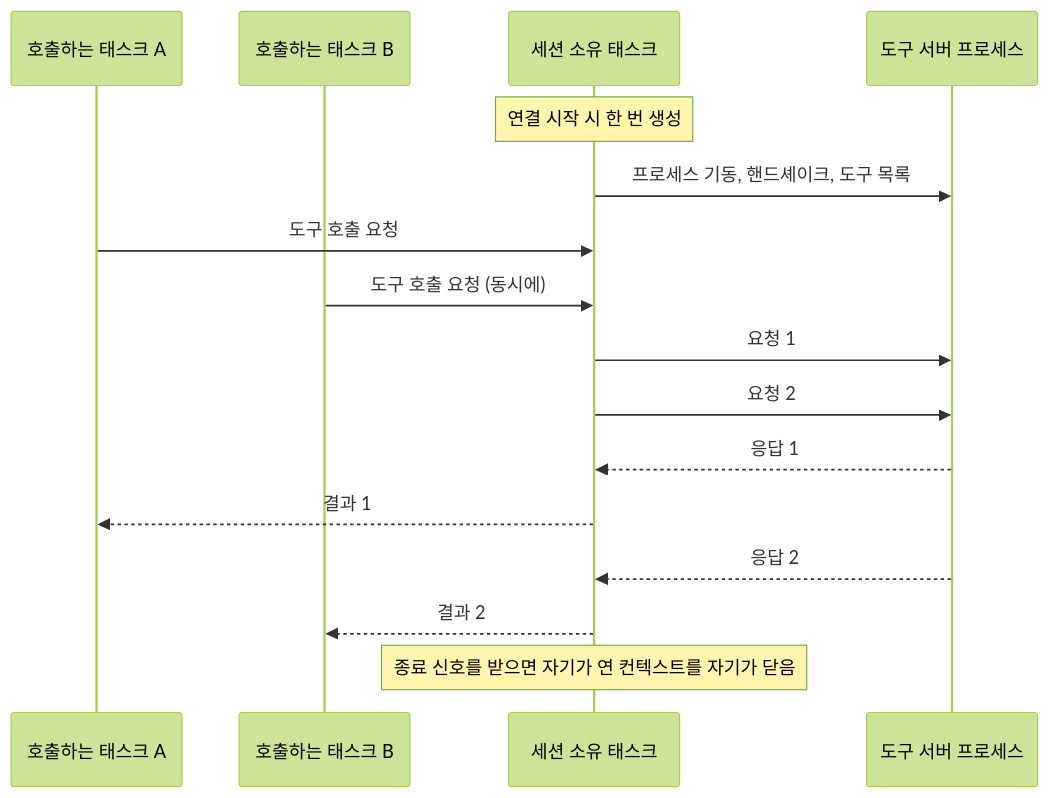
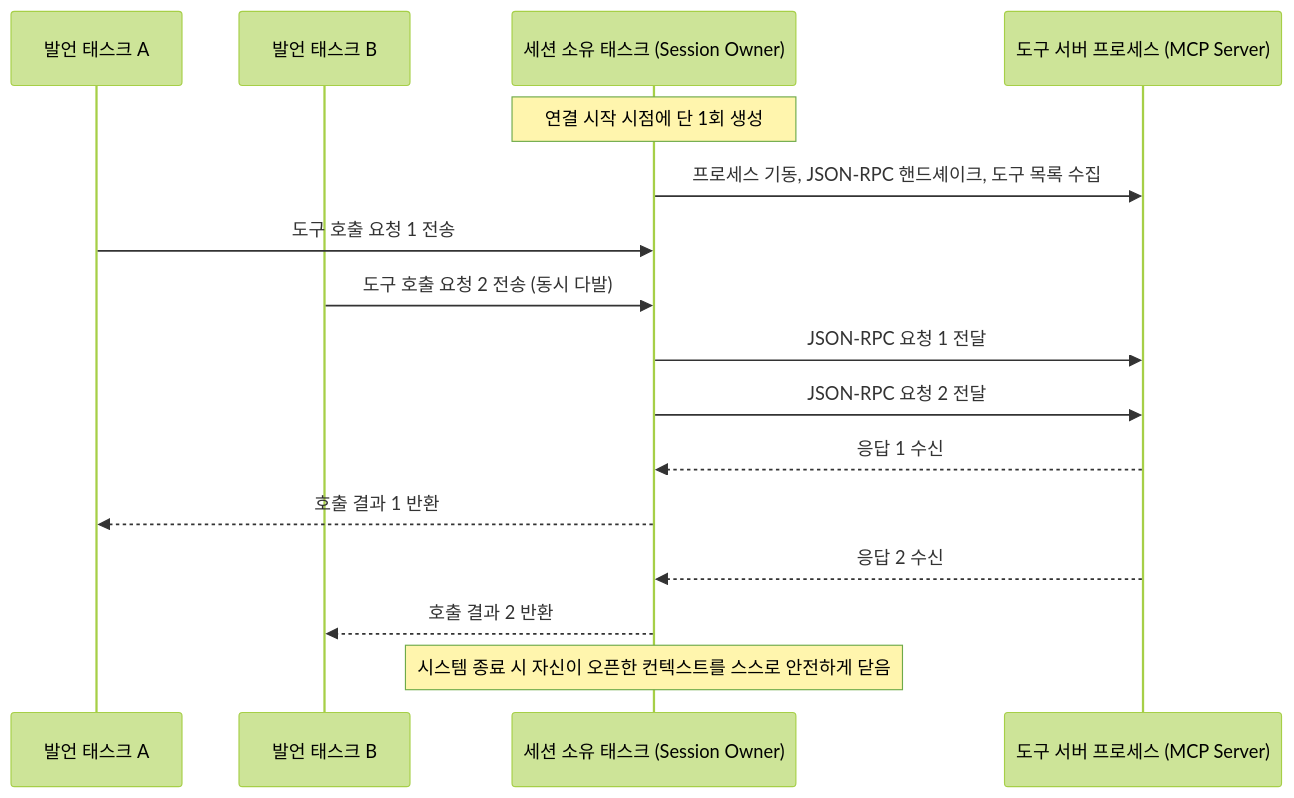
One commit to HaJaehee/MultiAgentDebateAndOrchestrationPlatform changed the diagram in lectures/04-core-techniques/03-mcp-host.md. Above: the diagram before and after it, drawn with Mermaid (forest theme). The commit also changed other lines of this file and 39 other files, not shown here.

````diff
--- a/lectures/04-core-techniques/03-mcp-host.md
+++ b/lectures/04-core-techniques/03-mcp-host.md
@@ -47,19 +29,19 @@
 ```mermaid
 sequenceDiagram
-    participant C1 as 호출하는 태스크 A
-    participant C2 as 호출하는 태스크 B
-    participant S as 세션 소유 태스크
-    participant P as 도구 서버 프로세스
+    participant C1 as 발언 태스크 A
+    participant C2 as 발언 태스크 B
+    participant S as 세션 소유 태스크 (Session Owner)
+    participant P as 도구 서버 프로세스 (MCP Server)
 
-    Note over S: 연결 시작 시 한 번 생성
-    S->>P: 프로세스 기동, 핸드셰이크, 도구 목록
-    C1->>S: 도구 호출 요청
-    C2->>S: 도구 호출 요청 (동시에)
-    S->>P: 요청 1
-    S->>P: 요청 2
-    P-->>S: 응답 1
-    S-->>C1: 결과 1
-    P-->>S: 응답 2
-    S-->>C2: 결과 2
-    Note over S: 종료 신호를 받으면 자기가 연 컨텍스트를 자기가 닫음
+    Note over S: 연결 시작 시점에 단 1회 생성
+    S->>P: 프로세스 기동, JSON-RPC 핸드셰이크, 도구 목록 수집
+    C1->>S: 도구 호출 요청 1 전송
+    C2->>S: 도구 호출 요청 2 전송 (동시 다발)
+    S->>P: JSON-RPC 요청 1 전달
+    S->>P: JSON-RPC 요청 2 전달
+    P-->>S: 응답 1 수신
+    S-->>C1: 호출 결과 1 반환
+    P-->>S: 응답 2 수신
+    S-->>C2: 호출 결과 2 반환
+    Note over S: 시스템 종료 시 자신이 오픈한 컨텍스트를 스스로 안전하게 닫음
 ```
````
